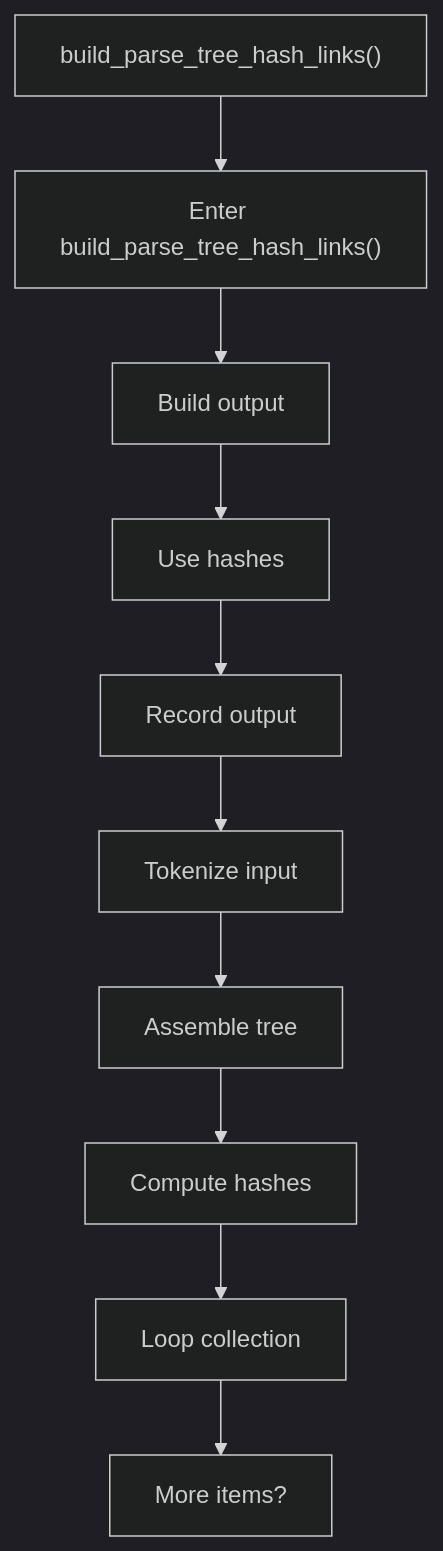
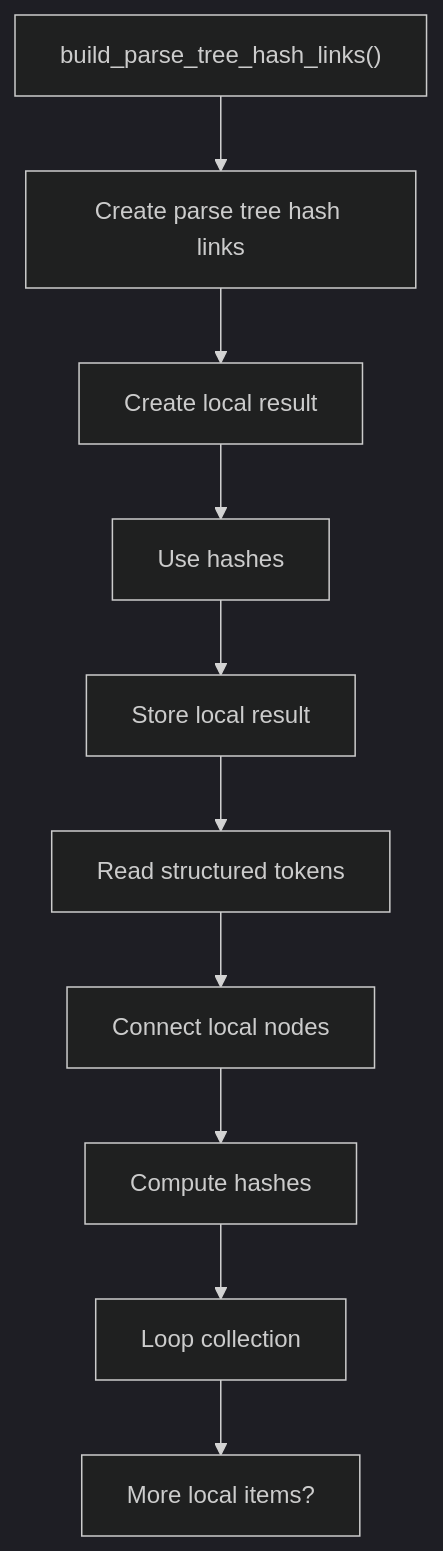
Before and after one commit to JohnAndrewBalbarosa/NeoTerritory: the third of 4 diagrams in docs/Codebase/Microservice/Modules/Source/HashingMechanism/HashLinks/core.cpp.md, drawn with Mermaid (dark theme). The commit also changed other lines of this file and 915 other files, not shown here.

````diff
--- a/docs/Codebase/Microservice/Modules/Source/HashingMechanism/HashLinks/core.cpp.md
+++ b/docs/Codebase/Microservice/Modules/Source/HashingMechanism/HashLinks/core.cpp.md
@@ -101,22 +100,22 @@
 ```mermaid
 flowchart TD
     N0["build_parse_tree_hash_links()"]
-    N1["Enter build_parse_tree_hash_links()"]
-    N2["Build output"]
+    N1["Create parse tree hash links"]
+    N2["Create local result"]
     N3["Use hashes"]
-    N4["Record output"]
-    N5["Tokenize input"]
-    N6["Assemble tree"]
+    N4["Store local result"]
+    N5["Read structured tokens"]
+    N6["Connect local nodes"]
     N7["Compute hashes"]
     N8["Loop collection"]
-    N9["More items?"]
+    N9["More local items?"]
     N0 --> N1
     N1 --> N2
     N2 --> N3
     N3 --> N4
     N4 --> N5
     N5 --> N6
     N6 --> N7
     N7 --> N8
     N8 --> N9
 ```
````
